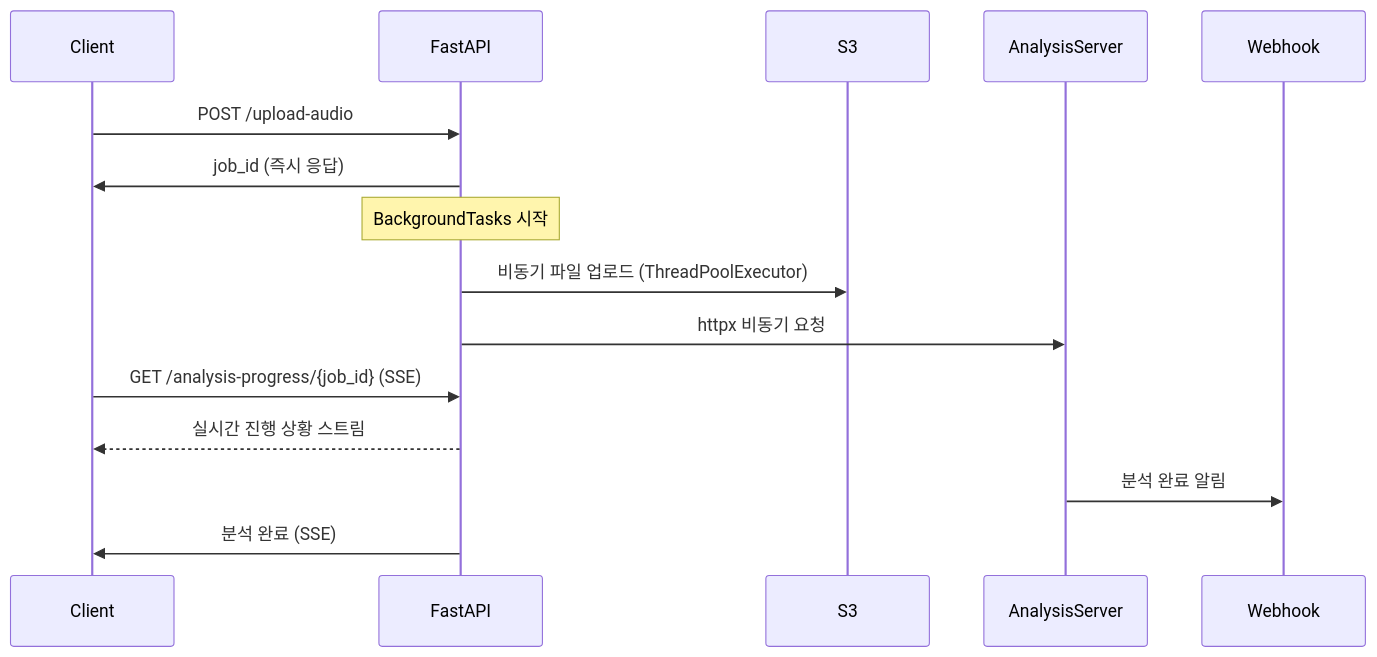
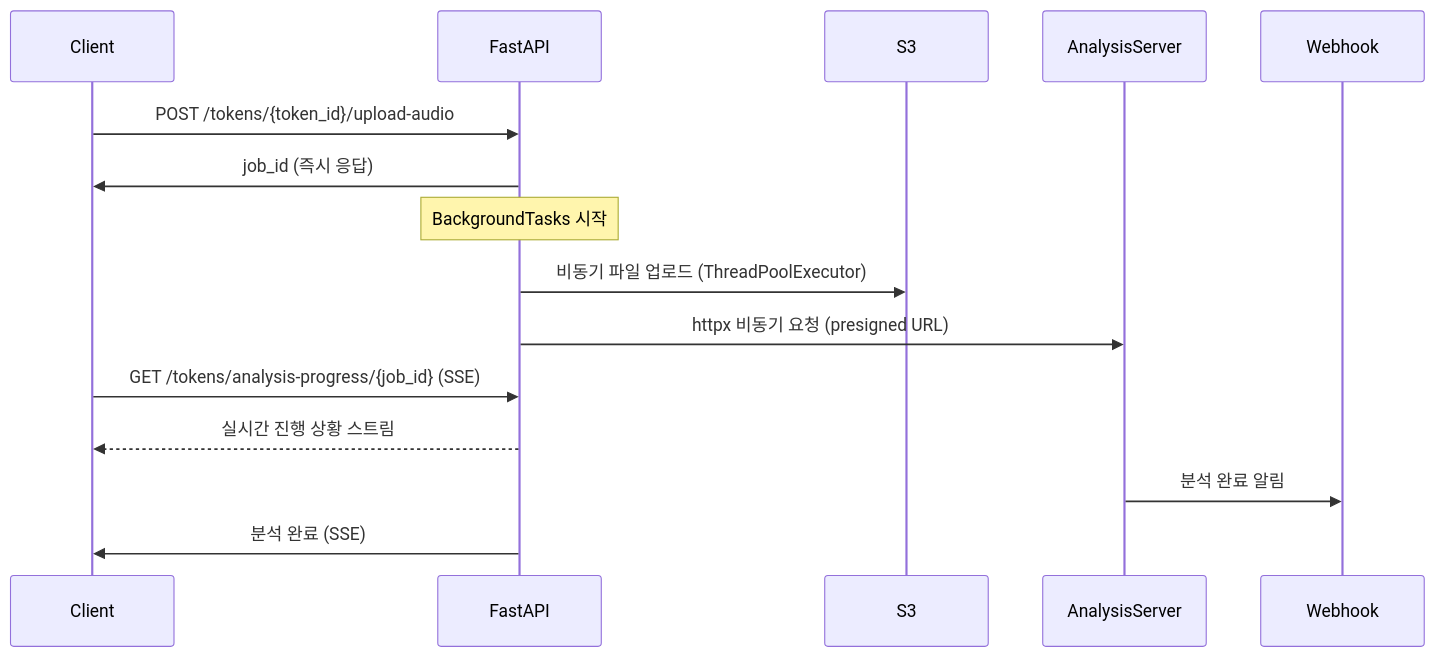
The diagram in README.md (yousync-5/yousync-fastapi), drawn with Mermaid before and after one commit. The commit also changed other lines of this file and 18806 other files, not shown here.

````diff
--- a/README.md
+++ b/README.md
@@ -142,21 +131,18 @@
 ```mermaid
 sequenceDiagram
     participant Client
     participant FastAPI
     participant S3
     participant AnalysisServer
     participant Webhook
 
-    Client->>FastAPI: POST /upload-audio
+    Client->>FastAPI: POST /tokens/{token_id}/upload-audio
     FastAPI->>Client: job_id (즉시 응답)
-    
     Note over FastAPI: BackgroundTasks 시작
     FastAPI->>S3: 비동기 파일 업로드 (ThreadPoolExecutor)
-    FastAPI->>AnalysisServer: httpx 비동기 요청
-    
-    Client->>FastAPI: GET /analysis-progress/{job_id} (SSE)
+    FastAPI->>AnalysisServer: httpx 비동기 요청 (presigned URL)
+    Client->>FastAPI: GET /tokens/analysis-progress/{job_id} (SSE)
     FastAPI-->>Client: 실시간 진행 상황 스트림
-    
     AnalysisServer->>Webhook: 분석 완료 알림
     FastAPI->>Client: 분석 완료 (SSE)
 ```
````
